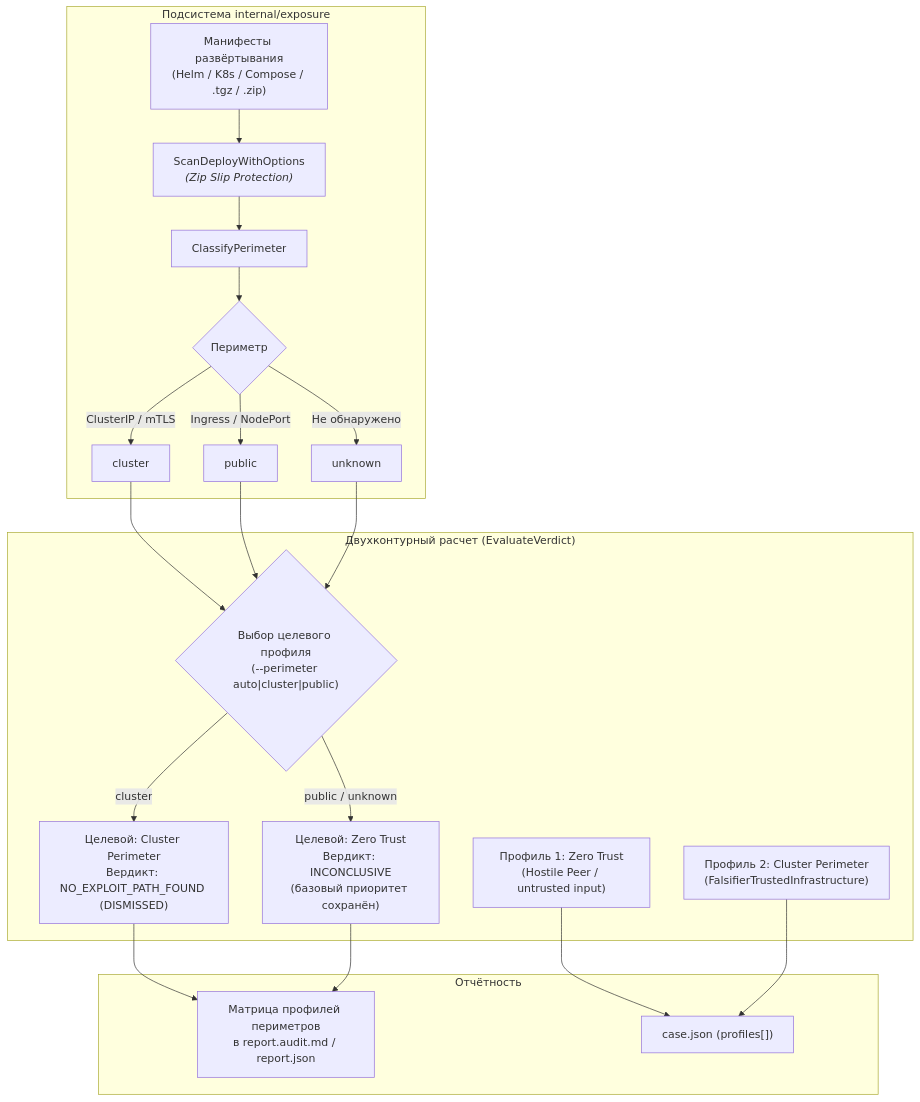
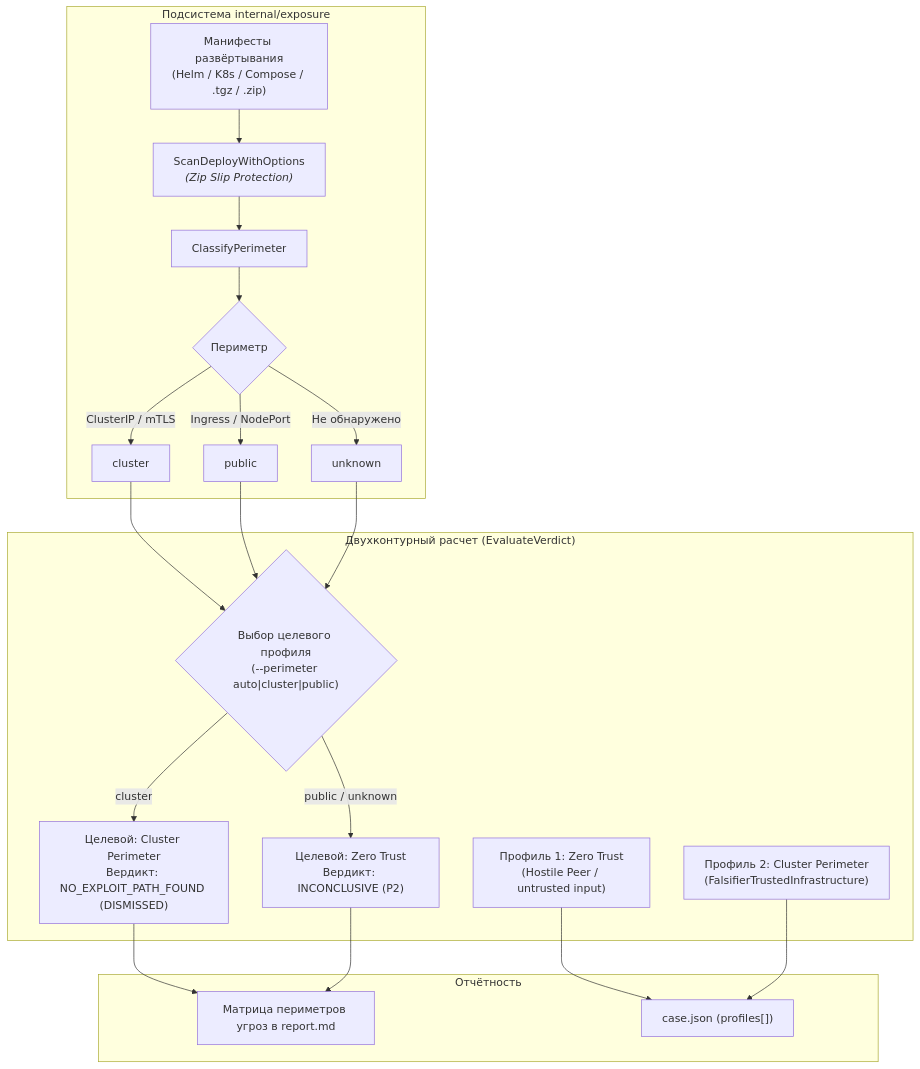
The third of 3 diagrams in docs/architecture.md (davniy/izyan), drawn with Mermaid before and after one commit. The commit also changed other lines of this file and 1570 other files, not shown here.

````diff
--- a/docs/architecture.md
+++ b/docs/architecture.md
@@ -299,30 +427,30 @@
 ```mermaid
 flowchart TD
     subgraph ExposureSubsystem ["Подсистема internal/exposure"]
         Manifests["Манифесты развёртывания<br>(Helm / K8s / Compose / .tgz / .zip)"] --> Scan["ScanDeployWithOptions<br><i>(Zip Slip Protection)</i>"]
         Scan --> Classify["ClassifyPerimeter"]
         Classify --> Perim{"Периметр"}
         Perim -->|ClusterIP / mTLS| PCluster["cluster"]
         Perim -->|Ingress / NodePort| PPublic["public"]
         Perim -->|Не обнаружено| PUnknown["unknown"]
     end
 
     subgraph DualTrackEngine ["Двухконтурный расчет (EvaluateVerdict)"]
         TrackZT["Профиль 1: Zero Trust<br>(Hostile Peer / untrusted input)"]
         TrackCP["Профиль 2: Cluster Perimeter<br>(FalsifierTrustedInfrastructure)"]
 
         PCluster --> SelectTarget
         PPublic --> SelectTarget
         PUnknown --> SelectTarget
 
         SelectTarget{"Выбор целевого профиля<br>(--perimeter auto|cluster|public)"} -->|cluster| TargetCP["Целевой: Cluster Perimeter<br>Вердикт: NO_EXPLOIT_PATH_FOUND (DISMISSED)"]
-        SelectTarget -->|public / unknown| TargetZT["Целевой: Zero Trust<br>Вердикт: INCONCLUSIVE<br>(базовый приоритет сохранён)"]
+        SelectTarget -->|public / unknown| TargetZT["Целевой: Zero Trust<br>Вердикт: INCONCLUSIVE (P2)"]
     end
 
     subgraph ReportOutput ["Отчётность"]
-        TargetCP --> Matrix["Матрица профилей периметров<br>в report.audit.md / report.json"]
+        TargetCP --> Matrix["Матрица периметров угроз в report.md"]
         TargetZT --> Matrix
         TrackZT --> Profiles["case.json (profiles[])"]
         TrackCP --> Profiles
     end
 ```
````
